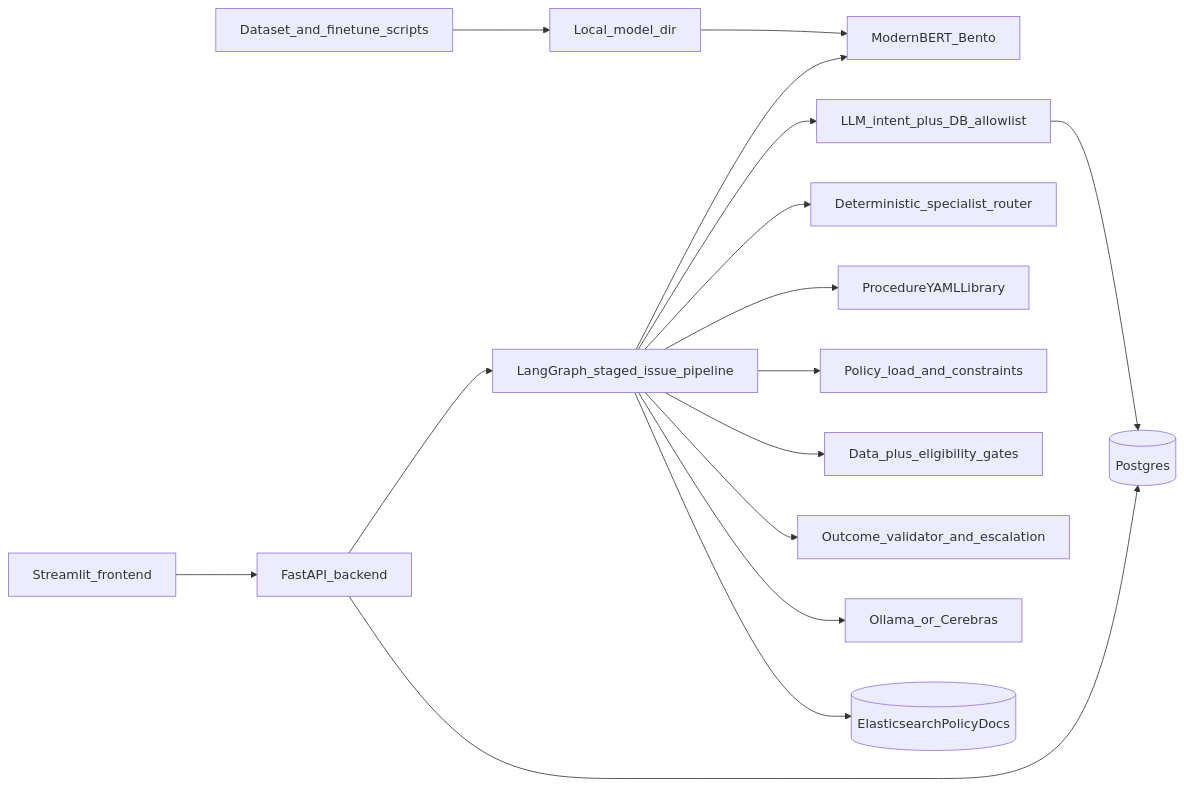
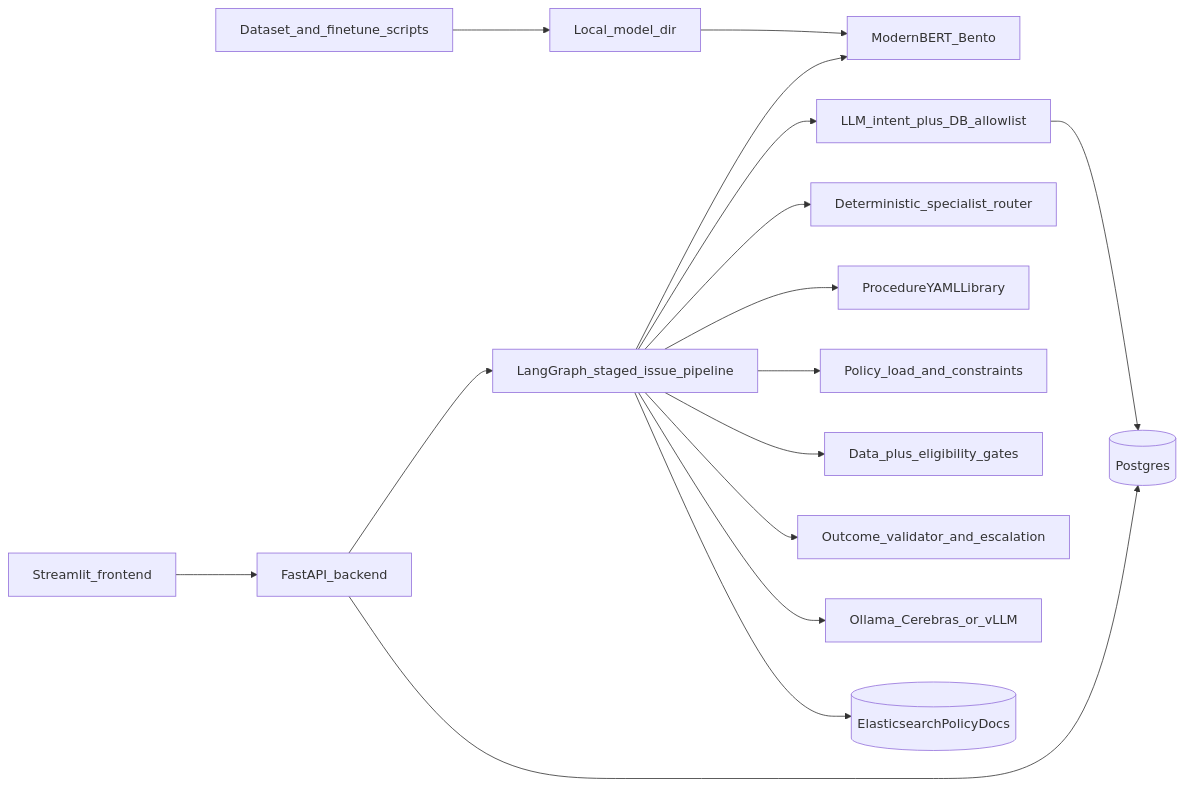
Before and after one commit to w4zir/BitBot: the diagram in README.md, drawn with Mermaid. The commit also changed other lines of this file and 60 other files, not shown here.

````diff
--- a/README.md
+++ b/README.md
@@ -7,18 +7,18 @@
 ```mermaid
 flowchart LR
   fe[Streamlit_frontend] --> be[FastAPI_backend]
   be --> lg[LangGraph_staged_issue_pipeline]
   lg --> bento[ModernBERT_Bento]
   lg --> stageIntent["LLM_intent_plus_DB_allowlist"]
   lg --> stageRouter[Deterministic_specialist_router]
   lg --> yaml[ProcedureYAMLLibrary]
   lg --> stagePolicy[Policy_load_and_constraints]
   lg --> stageValidate[Data_plus_eligibility_gates]
   lg --> stageOutcome[Outcome_validator_and_escalation]
-  lg --> llm[Ollama_or_Cerebras]
+  lg --> llm[Ollama_Cerebras_or_vLLM]
   lg --> es[(ElasticsearchPolicyDocs)]
   be --> pg[(Postgres)]
   stageIntent --> pg
   train[Dataset_and_finetune_scripts] --> artifacts[Local_model_dir]
   artifacts --> bento
 ```
````
